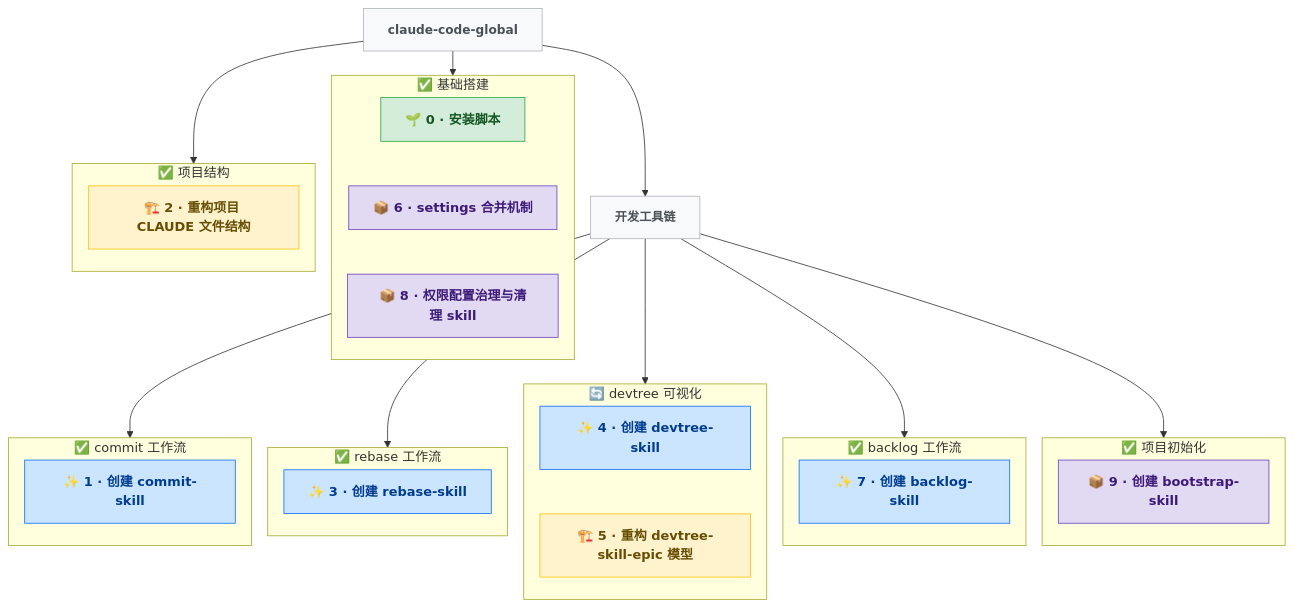
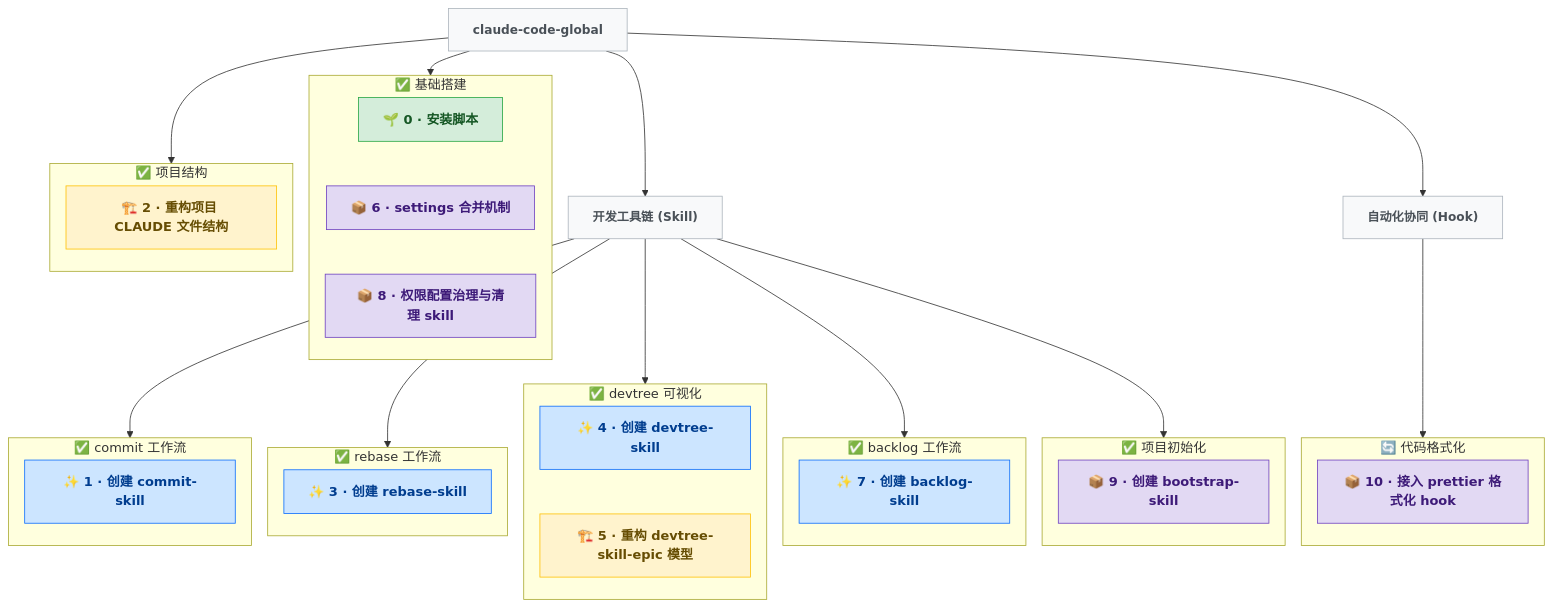
The diagram in docs/DEVTREE.md (pkulijing/claude-code-global), drawn with Mermaid before and after one commit. The commit also changed other lines of this file and 10 other files, not shown here.

````diff
--- a/docs/DEVTREE.md
+++ b/docs/DEVTREE.md
@@ -18,62 +18,69 @@
 ```mermaid
 %%{init: {'flowchart': {'rankSpacing': 30, 'nodeSpacing': 20}}}%%
 graph TD
   classDef genesis  fill:#d4edda,stroke:#28a745,color:#155724,font-weight:bold
   classDef feature  fill:#cce5ff,stroke:#0d6efd,color:#003d8f,font-weight:bold
   classDef bugfix   fill:#f8d7da,stroke:#dc3545,color:#721c24,font-weight:bold
   classDef refactor fill:#fff3cd,stroke:#ffc107,color:#664d03,font-weight:bold
   classDef infra    fill:#e2d9f3,stroke:#6f42c1,color:#3d1a78,font-weight:bold
   classDef research fill:#e2e3e5,stroke:#6c757d,color:#383d41,font-weight:bold
   classDef epic     fill:#f8f9fa,stroke:#adb5bd,color:#495057,font-weight:bold,font-size:15px
 
   ROOT["claude-code-global"]:::epic
   ROOT --> e_base
   ROOT --> e_struct
-  ROOT --> toolchain["开发工具链"]:::epic
+  ROOT --> toolchain["开发工具链 (Skill)"]:::epic
+  ROOT --> automation["自动化协同 (Hook)"]:::epic
   toolchain --> e_commit
   toolchain --> e_rebase
   toolchain --> e_devtree
   toolchain --> e_backlog
   toolchain --> e_bootstrap
+  automation --> e_format
 
   subgraph e_base["✅ 基础搭建"]
     direction TB
     N0["🌱 0 · 安装脚本"]:::genesis
     N6["📦 6 · settings 合并机制"]:::infra
     N8["📦 8 · 权限配置治理与清理 skill"]:::infra
     N0 ~~~ N6
     N6 ~~~ N8
   end
 
   subgraph e_struct["✅ 项目结构"]
     direction TB
     N2["🏗️ 2 · 重构项目 CLAUDE 文件结构"]:::refactor
   end
 
   subgraph e_commit["✅ commit 工作流"]
     direction TB
     N1["✨ 1 · 创建 commit-skill"]:::feature
   end
 
   subgraph e_rebase["✅ rebase 工作流"]
     direction TB
     N3["✨ 3 · 创建 rebase-skill"]:::feature
   end
 
-  subgraph e_devtree["🔄 devtree 可视化"]
+  subgraph e_devtree["✅ devtree 可视化"]
     direction TB
     N4["✨ 4 · 创建 devtree-skill"]:::feature
     N5["🏗️ 5 · 重构 devtree-skill-epic 模型"]:::refactor
     N4 ~~~ N5
   end
 
   subgraph e_backlog["✅ backlog 工作流"]
     direction TB
     N7["✨ 7 · 创建 backlog-skill"]:::feature
   end
 
   subgraph e_bootstrap["✅ 项目初始化"]
     direction TB
     N9["📦 9 · 创建 bootstrap-skill"]:::infra
   end
+
+  subgraph e_format["🔄 代码格式化"]
+    direction TB
+    N10["📦 10 · 接入 prettier 格式化 hook"]:::infra
+  end
 ```
````
